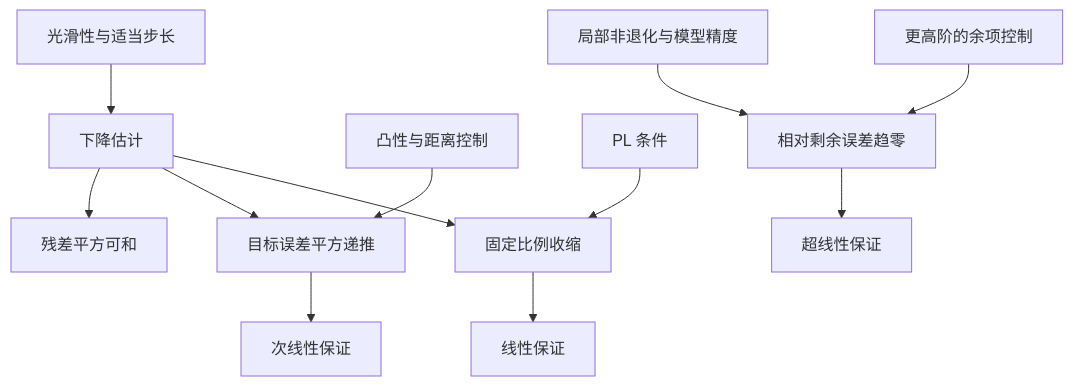
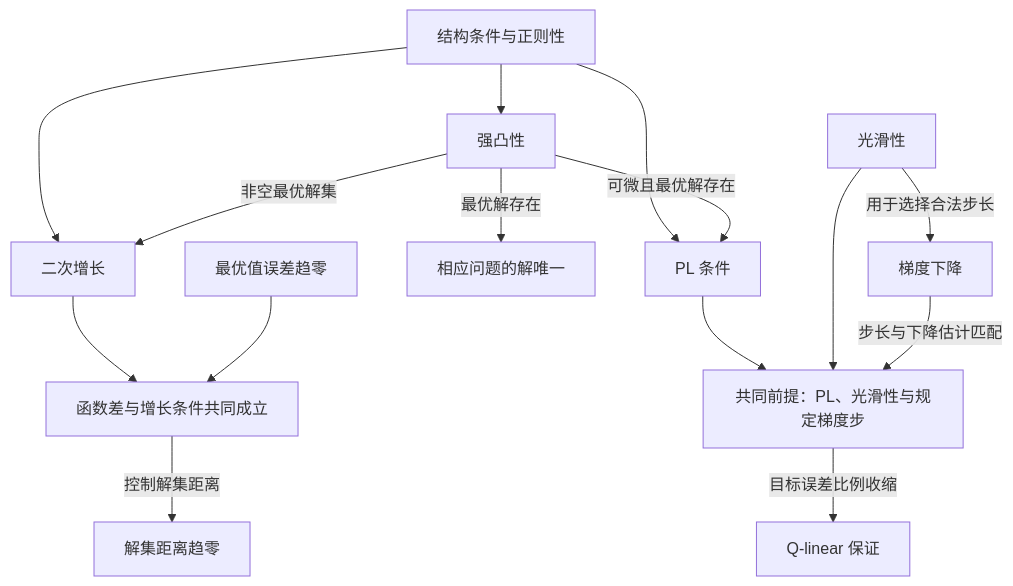
Diagram 14 of 32 in _posts/2026-11-14-optimization-convergence-map.zh-CN.md (ConanXu-math/conanxu-math.github.io), drawn with Mermaid before and after one commit. The commit also changed other lines of this file and 1 other file, not shown here.

````diff
--- a/_posts/2026-11-14-optimization-convergence-map.zh-CN.md
+++ b/_posts/2026-11-14-optimization-convergence-map.zh-CN.md
@@ -650,14 +2103,17 @@
 ```mermaid
 flowchart TD
-  L["光滑性与适当步长"] --> D["下降估计"]
-  D --> S["残差平方可和"]
-  C["凸性与距离控制"] --> R1["目标误差平方递推"]
-  D --> R1
-  R1 --> SL["次线性保证"]
-  PL["PL 条件"] --> R2["固定比例收缩"]
-  D --> R2
-  R2 --> LI["线性保证"]
-  N["局部非退化与模型精度"] --> R3["相对剩余误差趋零"]
-  R3 --> SU["超线性保证"]
-  H["更高阶的余项控制"] --> R3
+  map_conditions["结构条件与正则性"] --> c_strong["强凸性"]
+  map_conditions --> c_pl["PL 条件"]
+  map_conditions --> c_qg["二次增长"]
+  c_strong -->|非空最优解集| c_qg
+  c_strong -->|可微且最优解存在| c_pl
+  c_strong -->|最优解存在| c_unique["相应问题的解唯一"]
+  c_pl --> join_pl["共同前提：PL、光滑性与规定梯度步"]
+  c_smooth["光滑性"] --> join_pl
+  c_smooth -->|用于选择合法步长| alg_gd
+  alg_gd["梯度下降"] -->|步长与下降估计匹配| join_pl
+  join_pl -->|目标误差比例收缩| rate_qlinear["Q-linear 保证"]
+  c_qg --> join_growth["函数差与增长条件共同成立"]
+  goal_gap["最优值误差趋零"] --> join_growth
+  join_growth -->|控制解集距离| goal_set["解集距离趋零"]
 ```
````
